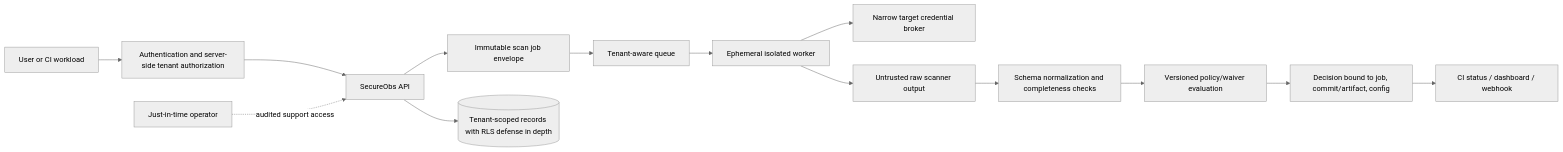
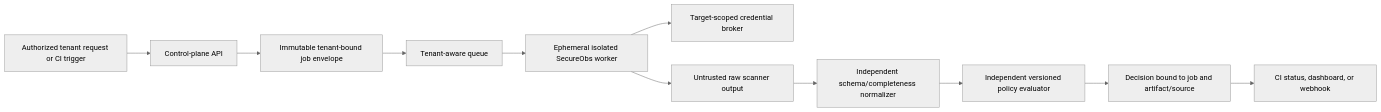
Before and after one commit to jasonachkar/cybersecurity-writeups: the second of 2 diagrams in devsecops/secureobs-multitenant-security-scanner.md, drawn with Mermaid (neutral theme). The commit also changed other lines of this file and 16 other files, not shown here.

Commit message:
fix: correct SecureObs architecture and provenance trust model

````diff
--- a/devsecops/secureobs-multitenant-security-scanner.md
+++ b/devsecops/secureobs-multitenant-security-scanner.md
@@ -83,16 +338,13 @@
 ```mermaid
 flowchart LR
-  U["User or CI workload"] --> A["Authentication and server-side tenant authorization"]
-  A --> API["SecureObs API"]
-  API --> J["Immutable scan job envelope"]
+  U["Authorized tenant request or CI trigger"] --> API["Control-plane API"]
+  API --> J["Immutable tenant-bound job envelope"]
   J --> Q["Tenant-aware queue"]
-  Q --> W["Ephemeral isolated worker"]
-  W --> T["Narrow target credential broker"]
+  Q --> W["Ephemeral isolated SecureObs worker"]
+  W --> CB["Target-scoped credential broker"]
   W --> R["Untrusted raw scanner output"]
-  R --> N["Schema normalization and completeness checks"]
-  N --> P["Versioned policy/waiver evaluation"]
-  P --> D["Decision bound to job, commit/artifact, config"]
-  D --> C["CI status / dashboard / webhook"]
-  API --> DB[("Tenant-scoped records with RLS defense in depth")]
-  O["Just-in-time operator"] -. audited support access .-> API
+  R --> N["Independent schema/completeness normalizer"]
+  N --> P["Independent versioned policy evaluator"]
+  P --> D["Decision bound to job and artifact/source"]
+  D --> C["CI status, dashboard, or webhook"]
 ```
````
